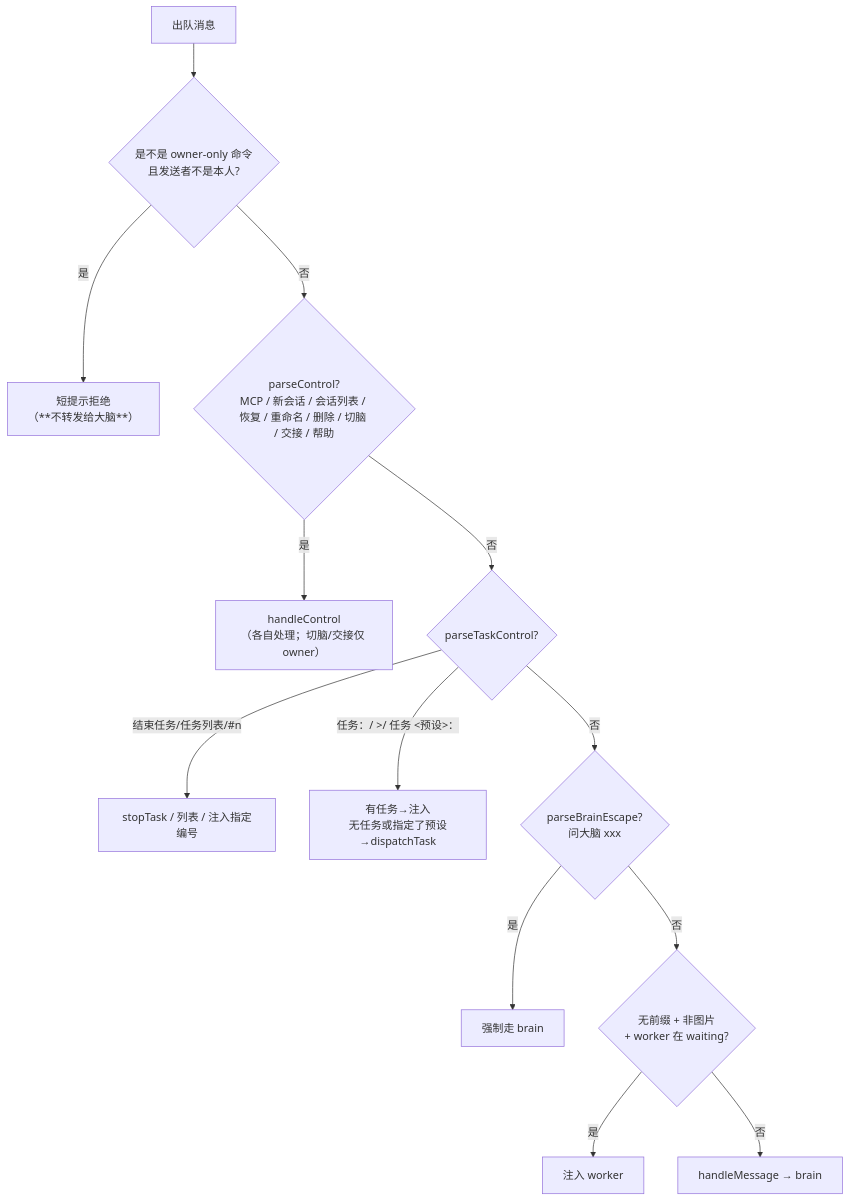
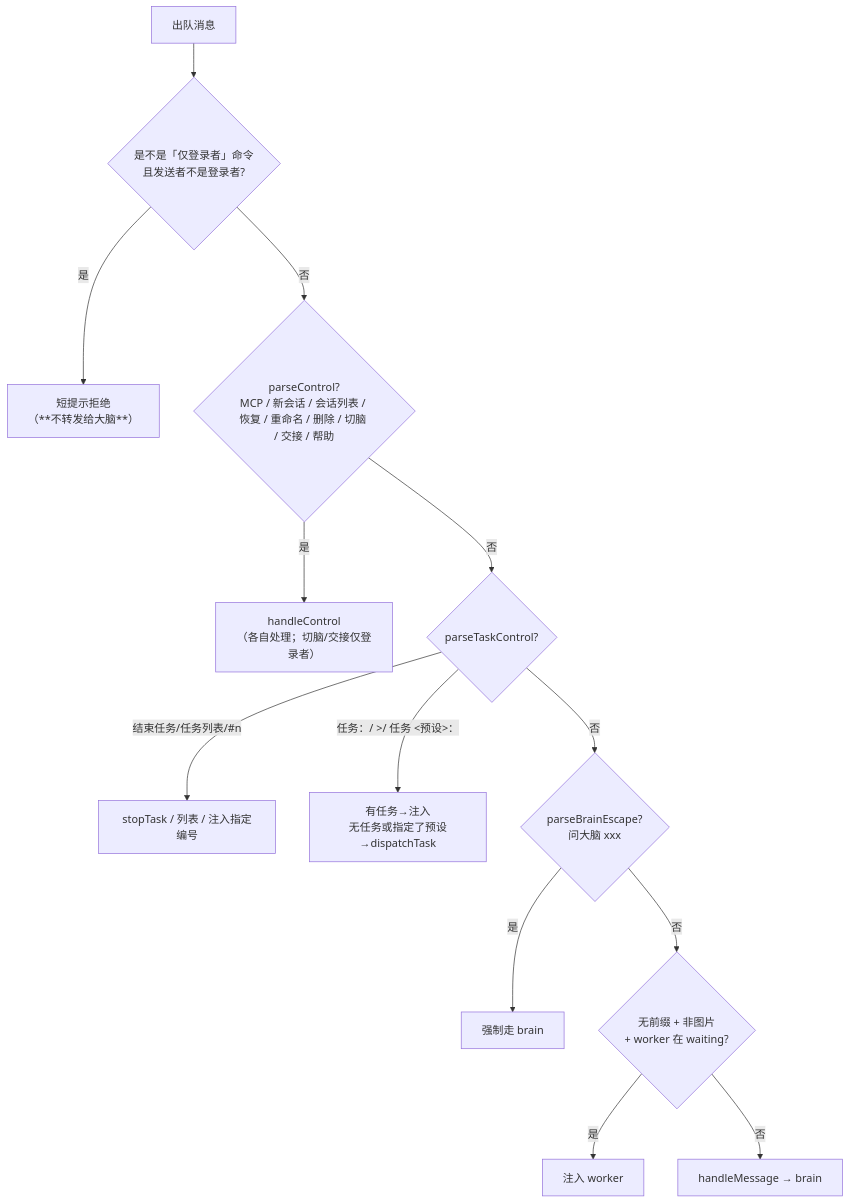
One commit to imwangpan/WeMind changed the second of 4 diagrams in docs/repowiki/05-守护进程-Daemon.md. Above: the diagram before and after it, drawn with Mermaid. The commit also changed other lines of this file and 32 other files, not shown here.

````diff
--- a/docs/repowiki/05-守护进程-Daemon.md
+++ b/docs/repowiki/05-守护进程-Daemon.md
@@ -93,15 +93,15 @@
 ```mermaid
 graph TD
-    M["出队消息"] --> C0{"是不是 owner-only 命令<br/>且发送者不是本人?"}
+    M["出队消息"] --> C0{"是不是「仅登录者」命令<br/>且发送者不是登录者?"}
     C0 -->|是| H0["短提示拒绝<br/>（**不转发给大脑**）"]
     C0 -->|否| C1{"parseControl?<br/>MCP / 新会话 / 会话列表 / 恢复 / 重命名 / 删除 / 切脑 / 交接 / 帮助"}
-    C1 -->|是| H1["handleControl<br/>（各自处理；切脑/交接仅 owner）"]
+    C1 -->|是| H1["handleControl<br/>（各自处理；切脑/交接仅登录者）"]
     C1 -->|否| C2{"parseTaskControl?"}
     C2 -->|结束任务/任务列表/#n| H2["stopTask / 列表 / 注入指定编号"]
     C2 -->|任务：/ &gt;/ 任务 &lt;预设&gt;：| H3["有任务→注入<br/>无任务或指定了预设→dispatchTask"]
     C2 -->|否| C3{"parseBrainEscape?<br/>问大脑 xxx"}
     C3 -->|是| H4["强制走 brain"]
     C3 -->|否| C4{"无前缀 + 非图片<br/>+ worker 在 waiting?"}
     C4 -->|是| H5["注入 worker"]
     C4 -->|否| H6["handleMessage → brain"]
 ```
````
